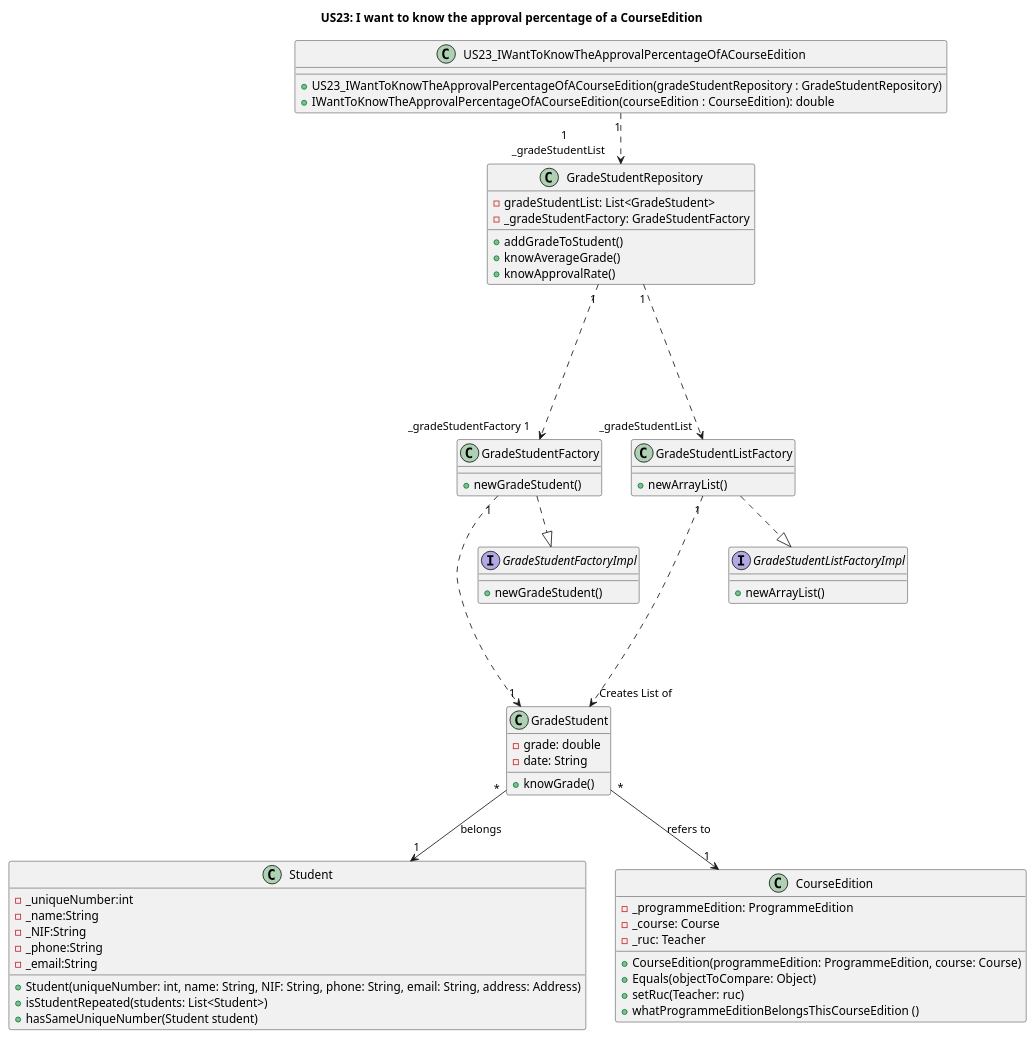
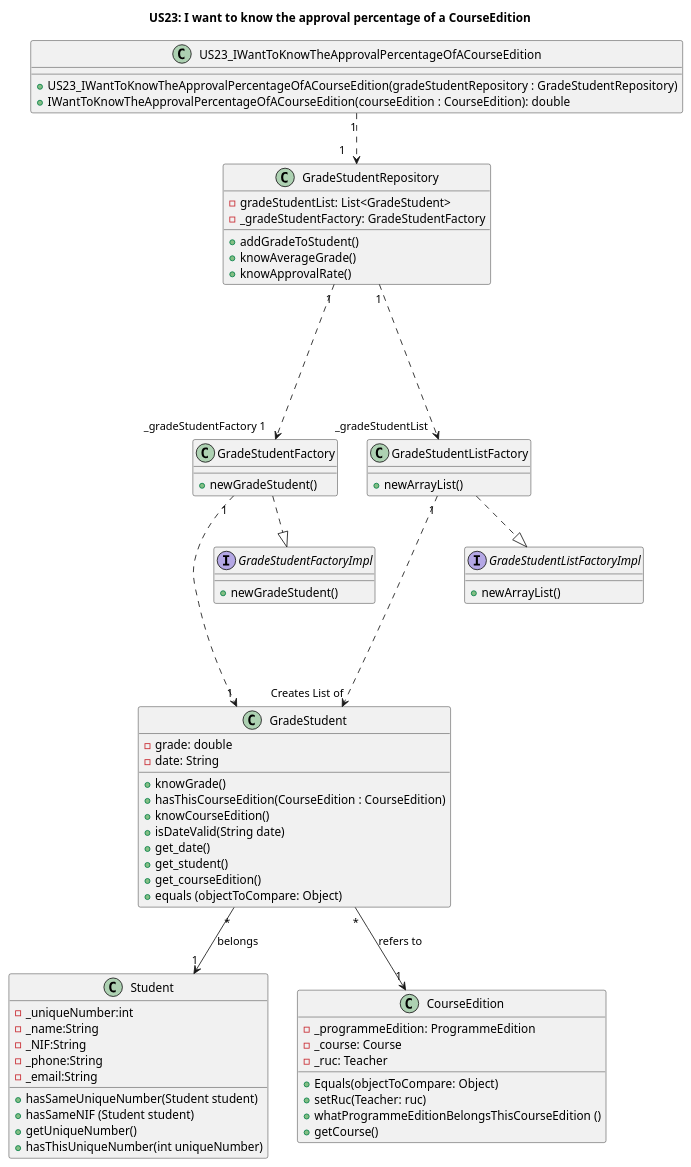
Before and after one commit to GasparISEP/DevOps-PAI: the diagram in docs/US23/US23_iWantToKnowTheApprovalPercentageOfCourseEditionClassDiagram.puml, drawn with PlantUML.

Commit message:
Fix #30: Change names in US23 Class Diagram and added methods

```diff
--- a/docs/US23/US23_iWantToKnowTheApprovalPercentageOfCourseEditionClassDiagram.puml
+++ b/docs/US23/US23_iWantToKnowTheApprovalPercentageOfCourseEditionClassDiagram.puml
@@ -1,74 +1,82 @@
 @startuml
 title US23: I want to know the approval percentage of a CourseEdition
 'left to right direction
 
 class US23_IWantToKnowTheApprovalPercentageOfACourseEdition {
     +US23_IWantToKnowTheApprovalPercentageOfACourseEdition(gradeStudentRepository : GradeStudentRepository)
     +IWantToKnowTheApprovalPercentageOfACourseEdition(courseEdition : CourseEdition): double
 
 }
 
 class GradeStudent {
     -grade: double
     -date: String
     +knowGrade()
+    +hasThisCourseEdition(CourseEdition : CourseEdition)
+    +knowCourseEdition()
+    +isDateValid(String date)
+    +get_date()
+    +get_student()
+    +get_courseEdition()
+    +equals (objectToCompare: Object)
 }
 
 class GradeStudentRepository {
     -gradeStudentList: List<GradeStudent>
     - _gradeStudentFactory: GradeStudentFactory
     +addGradeToStudent()
     +knowAverageGrade()
     +knowApprovalRate()
 }
 
 class GradeStudentFactory {
     +newGradeStudent()
 }
 
 class GradeStudentListFactory {
     +newArrayList()
 }
 
 Interface GradeStudentListFactoryImpl {
     +newArrayList()
 }
 
 Interface GradeStudentFactoryImpl {
     +newGradeStudent()
 }
 
 class Student {
     -_uniqueNumber:int
     -_name:String
     -_NIF:String
     -_phone:String
     -_email:String
-    +Student(uniqueNumber: int, name: String, NIF: String, phone: String, email: String, address: Address)
-    +isStudentRepeated(students: List<Student>)
     +hasSameUniqueNumber(Student student)
+    +hasSameNIF (Student student)
+    +getUniqueNumber()
+    +hasThisUniqueNumber(int uniqueNumber)
 }
 
 class CourseEdition {
     -_programmeEdition: ProgrammeEdition
     -_course: Course
     -_ruc: Teacher
-    +CourseEdition(programmeEdition: ProgrammeEdition, course: Course)
     +Equals(objectToCompare: Object)
     +setRuc(Teacher: ruc)
     +whatProgrammeEditionBelongsThisCourseEdition ()
+    +getCourse()
 }
 
 
 GradeStudent "*" --> "1" Student: belongs
 GradeStudent "*" --> "1" CourseEdition: refers to
 GradeStudentRepository "1" ....> "_gradeStudentFactory 1" GradeStudentFactory
 GradeStudentFactory "1" ....> "1" GradeStudent
 GradeStudentRepository "1" ....> "_gradeStudentList" GradeStudentListFactory
 GradeStudentListFactory  ..|>  GradeStudentListFactoryImpl
 GradeStudentFactory  ..|>  GradeStudentFactoryImpl
 GradeStudentListFactory "1" ....> "Creates List of" GradeStudent
 
 
-US23_IWantToKnowTheApprovalPercentageOfACourseEdition "1" ..> "1\n_gradeStudentList    " GradeStudentRepository
+US23_IWantToKnowTheApprovalPercentageOfACourseEdition "1" ..> "1    " GradeStudentRepository
 @enduml
```
